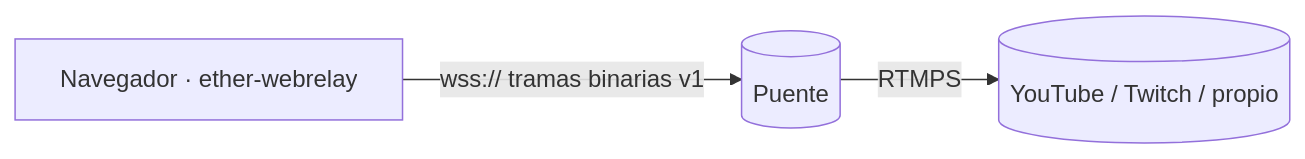
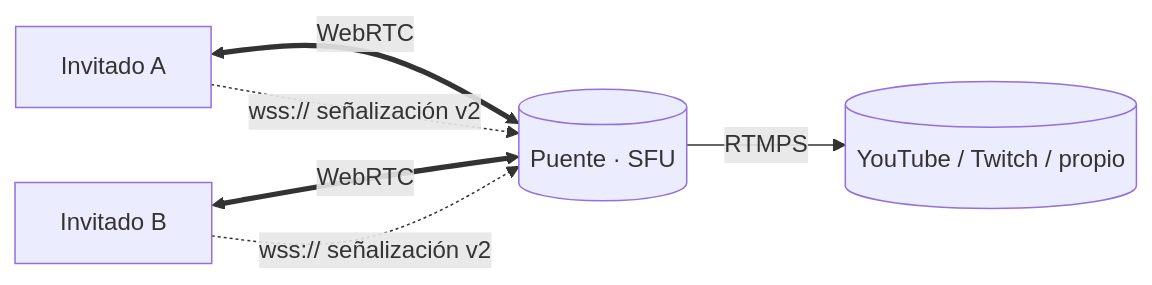
One commit to rafex/ether-webrelay changed the diagram in README.md. Above: the diagram before and after it, drawn with Mermaid. The commit also changed other lines of this file and 21 other files, not shown here.

````diff
--- a/README.md
+++ b/README.md
@@ -12,5 +14,8 @@
 ```mermaid
 flowchart LR
-    B[Navegador · ether-webrelay] -- "wss:// tramas binarias v1" --> P[(Puente)]
+    A[Invitado A] <== WebRTC ==> P[(Puente · SFU)]
+    B[Invitado B] <== WebRTC ==> P
+    A -. "wss:// señalización v2" .-> P
+    B -. "wss:// señalización v2" .-> P
     P -- RTMPS --> I[(YouTube / Twitch / propio)]
 ```
````
